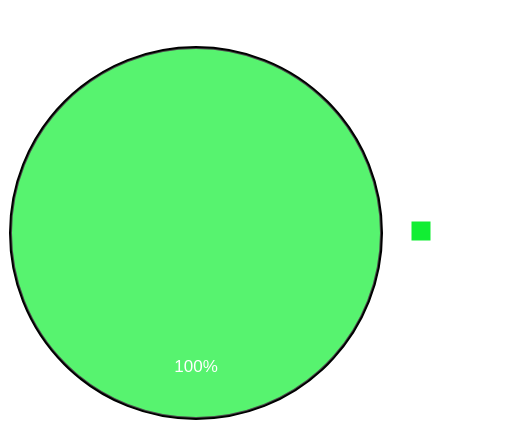
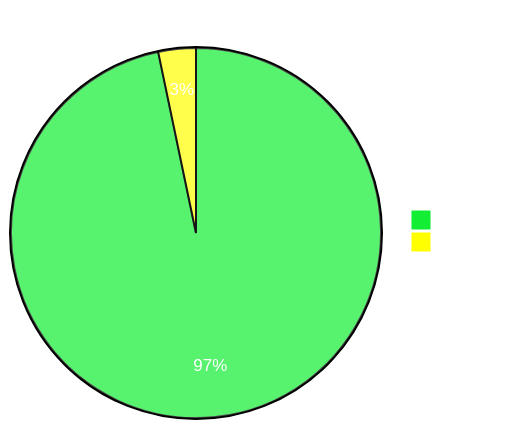
One commit to sumanthtatipamula/Programming changed the diagram in Readme.md. Above: the diagram before and after it, drawn with Mermaid. The commit also changed 9 other files, not shown here.

````diff
--- a/Readme.md
+++ b/Readme.md
@@ -23,17 +23,18 @@
 ```mermaid
 %%{
   init:
   {
     'theme': 'base',
     'themeVariables':
       {
         'primaryTextColor': '#fff',
         'pie1': '#1E3',
         'pie2': '#FFFF00'
       }
   }
 }%%
 pie showData
     title Problems Solved Per Tag
-    "Tree" : 57
+    "Tree" : 59
+    "Graphs": 2
 ```
````
